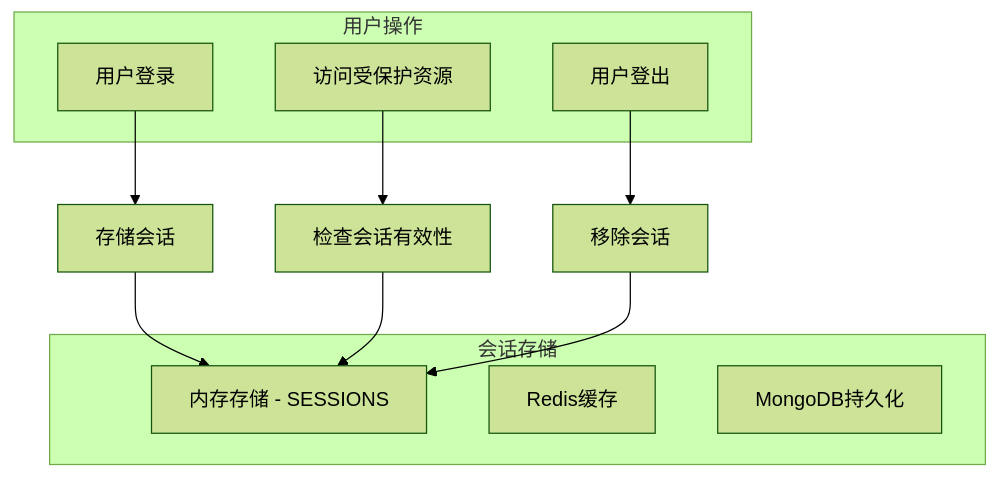
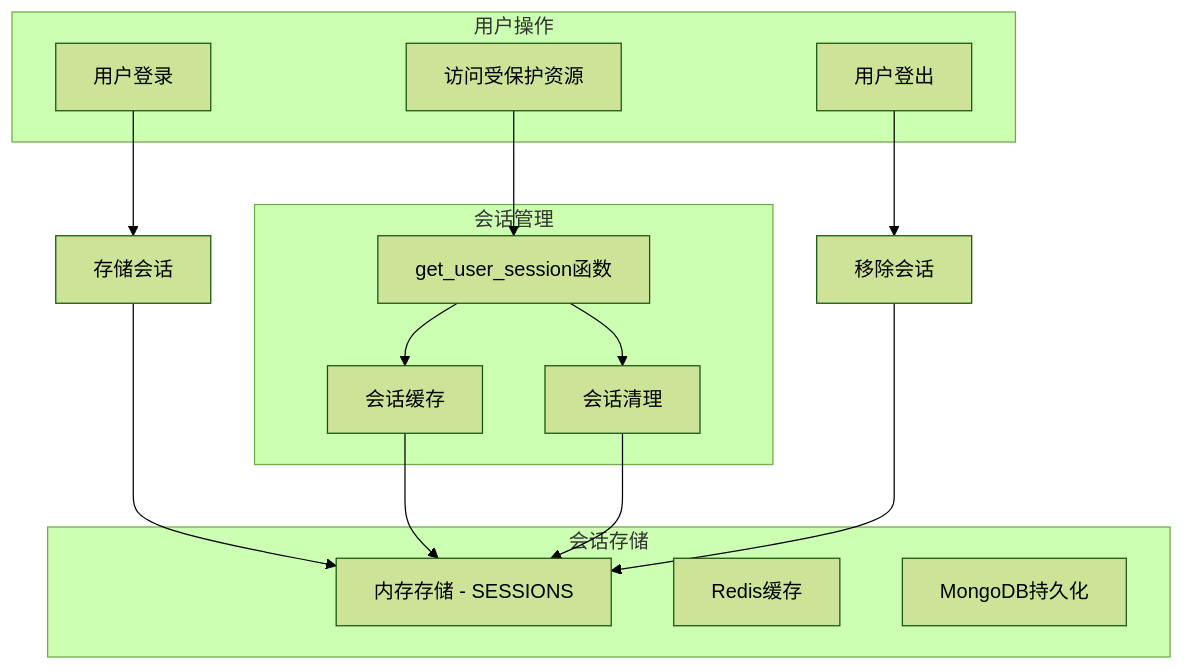
One commit to ghbbn053-ship-itsoulddog/soulddog changed diagram 12 of 12 in .qoder/repowiki/zh/content/后端API文档/个人信息查询API.md. Above: the diagram before and after it, drawn with Mermaid (forest theme). The commit also changed other lines of this file and 4 other files, not shown here.

````diff
--- a/.qoder/repowiki/zh/content/后端API文档/个人信息查询API.md
+++ b/.qoder/repowiki/zh/content/后端API文档/个人信息查询API.md
@@ -413,19 +483,27 @@
 ```mermaid
 graph TB
 subgraph "会话存储"
 Memory[内存存储 - SESSIONS]
 Redis[Redis缓存]
 Mongo[MongoDB持久化]
 end
+subgraph "会话管理"
+SessionMgr[get_user_session函数]
+Cache[会话缓存]
+Cleanup[会话清理]
+end
 subgraph "用户操作"
 Login[用户登录]
 Access[访问受保护资源]
 Logout[用户登出]
 end
 Login --> StoreSession["存储会话"]
-Access --> CheckSession["检查会话有效性"]
+Access --> SessionMgr
+SessionMgr --> Cache
+SessionMgr --> Cleanup
 Logout --> RemoveSession["移除会话"]
 StoreSession --> Memory
-CheckSession --> Memory
+Cache --> Memory
+Cleanup --> Memory
 RemoveSession --> Memory
 ```
````
